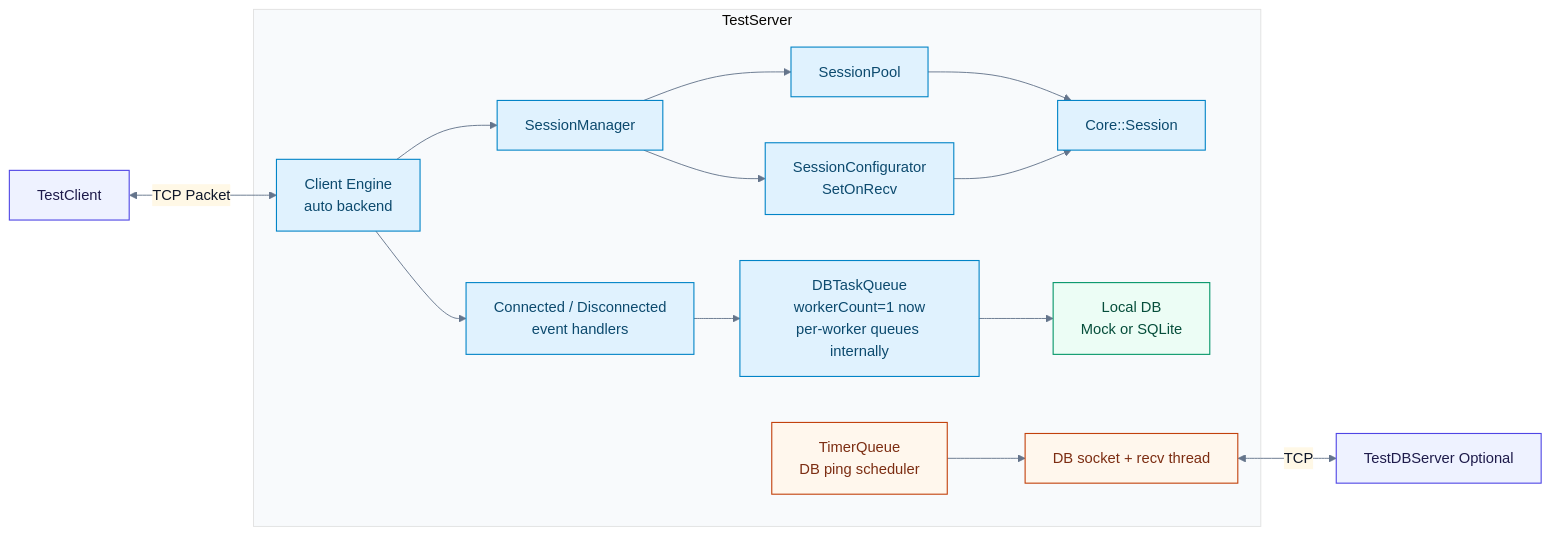
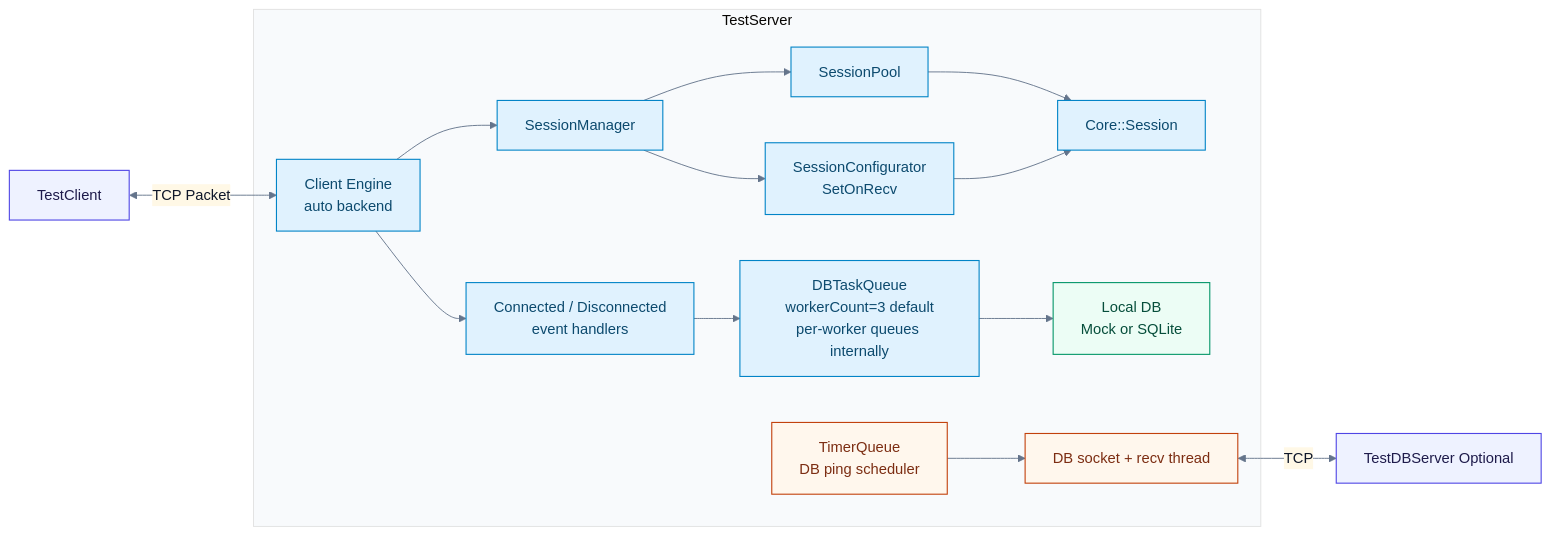
One commit to leedg/PublicStudy changed the diagram in NetworkModuleTest/Doc/WikiDraft/ServerStructure/01-Overall-Architecture.md. Above: the diagram before and after it, drawn with Mermaid. The commit also changed other lines of this file and 1 other file, not shown here.

First line of the commit message:
fix: validate 스크립트 및 wiki 아키텍처 문서 worker=3으로 동기화

````diff
--- a/NetworkModuleTest/Doc/WikiDraft/ServerStructure/01-Overall-Architecture.md
+++ b/NetworkModuleTest/Doc/WikiDraft/ServerStructure/01-Overall-Architecture.md
@@ -11,43 +11,43 @@
 ```mermaid
 %%{init: {'theme':'base', 'themeVariables': {
 'fontFamily':'Segoe UI, Noto Sans KR, sans-serif',
 'primaryColor':'#EAF4FF',
 'primaryTextColor':'#0F172A',
 'primaryBorderColor':'#3B82F6',
 'lineColor':'#64748B',
 'secondaryColor':'#FFF8E6',
 'tertiaryColor':'#F8FAFC'
 }}}%%
 flowchart LR
     Client[TestClient]
     DBServer[TestDBServer Optional]
 
     subgraph TS[TestServer]
         Engine[Client Engine<br/>auto backend]
         SessionMgr[SessionManager]
         SessionPool[SessionPool]
         Session[Core::Session]
         SessionCfg[SessionConfigurator<br/>SetOnRecv]
         EventFlow[Connected / Disconnected<br/>event handlers]
-        DBQueue[DBTaskQueue<br/>workerCount=1 now<br/>per-worker queues internally]
+        DBQueue[DBTaskQueue<br/>workerCount=3 default<br/>per-worker queues internally]
         LocalDB[Local DB<br/>Mock or SQLite]
         TimerQ[TimerQueue<br/>DB ping scheduler]
         DBSocket[DB socket + recv thread]
     end
 
     Client <-->|TCP Packet| Engine
     Engine --> SessionMgr --> SessionPool --> Session
     SessionMgr --> SessionCfg --> Session
     Engine --> EventFlow --> DBQueue --> LocalDB
     TimerQ --> DBSocket
     DBSocket <-->|TCP| DBServer
 
     classDef external fill:#EEF2FF,stroke:#4F46E5,color:#1E1B4B,stroke-width:1.2px;
     classDef component fill:#E0F2FE,stroke:#0284C7,color:#0C4A6E,stroke-width:1.2px;
     classDef db fill:#ECFDF5,stroke:#059669,color:#064E3B,stroke-width:1.2px;
     classDef infra fill:#FFF7ED,stroke:#C2410C,color:#7C2D12,stroke-width:1.2px;
     class Client,DBServer external;
     class Engine,SessionMgr,SessionPool,Session,SessionCfg,EventFlow,DBQueue component;
     class LocalDB db;
     class TimerQ,DBSocket infra;
 ```
````
